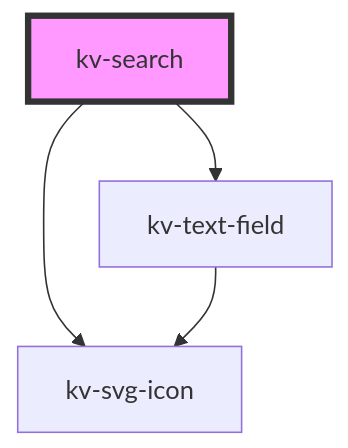
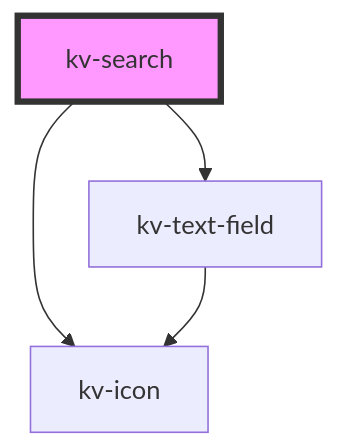
The diagram in packages/ui-components/src/components/search/readme.md (kelvininc/ui-components), drawn with Mermaid before and after one commit. The commit also changed other lines of this file and 54 other files, not shown here.

Commit message:
refactor!(icon): rename `kv-svg-icon` to `kv-icon`

````diff
--- a/packages/ui-components/src/components/search/readme.md
+++ b/packages/ui-components/src/components/search/readme.md
@@ -75,7 +75,7 @@
 ```mermaid
 graph TD;
   kv-search --> kv-text-field
-  kv-search --> kv-svg-icon
-  kv-text-field --> kv-svg-icon
+  kv-search --> kv-icon
+  kv-text-field --> kv-icon
   style kv-search fill:#f9f,stroke:#333,stroke-width:4px
 ```
````
